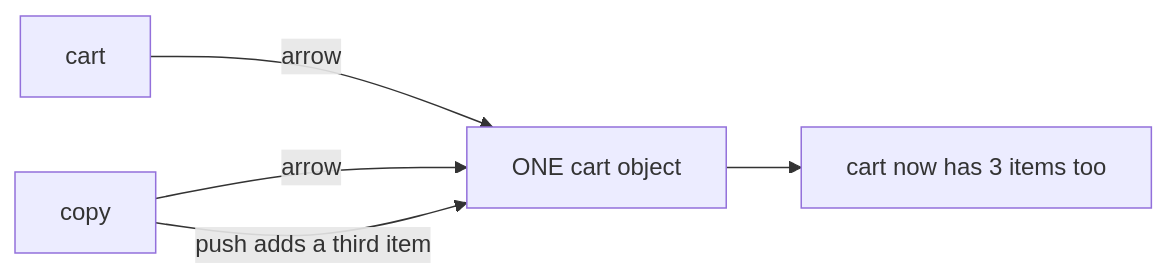
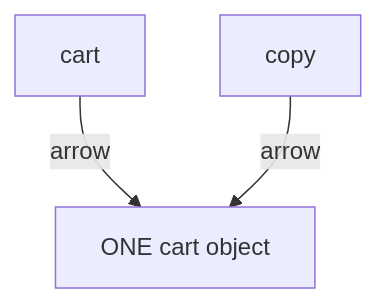
Before and after one commit to starjustice/research-material: the second of 5 diagrams in learn/javascript/03-reference-vs-copy.md, drawn with Mermaid. The commit also changed other lines of this file, not shown here.

````diff
--- a/learn/javascript/03-reference-vs-copy.md
+++ b/learn/javascript/03-reference-vs-copy.md
@@ -55,7 +105,5 @@
 ```mermaid
-graph LR
+graph TB
     R1["cart"] -->|arrow| P["ONE cart object"]
     R2["copy"] -->|arrow| P
-    R2 -->|push adds a third item| P
-    P --> X["cart now has 3 items too"]
 ```
````
